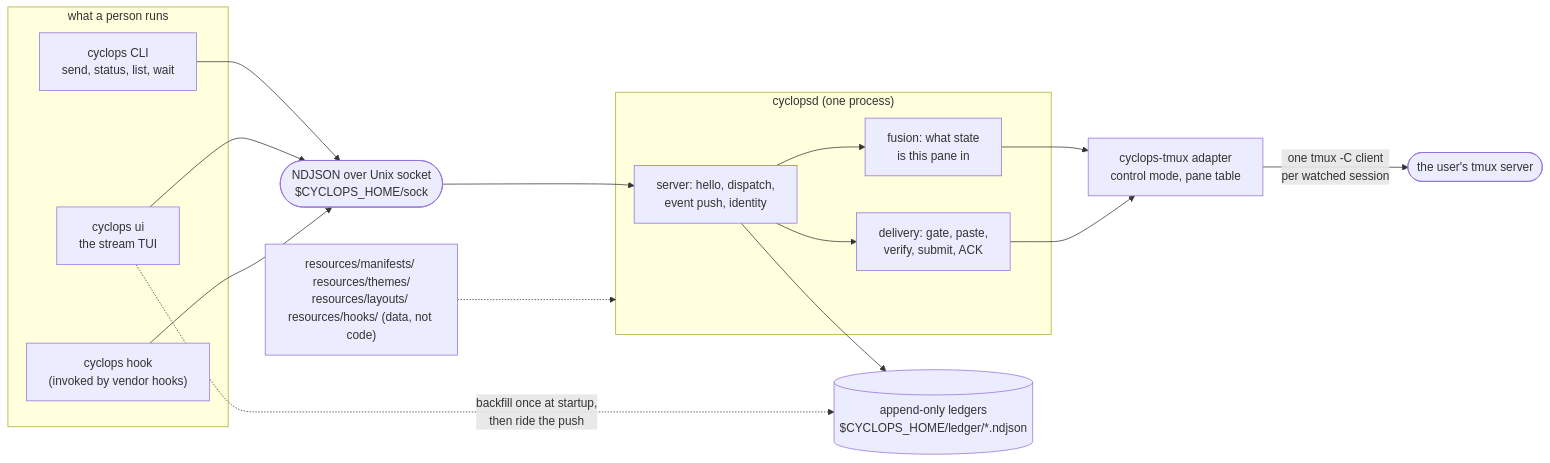
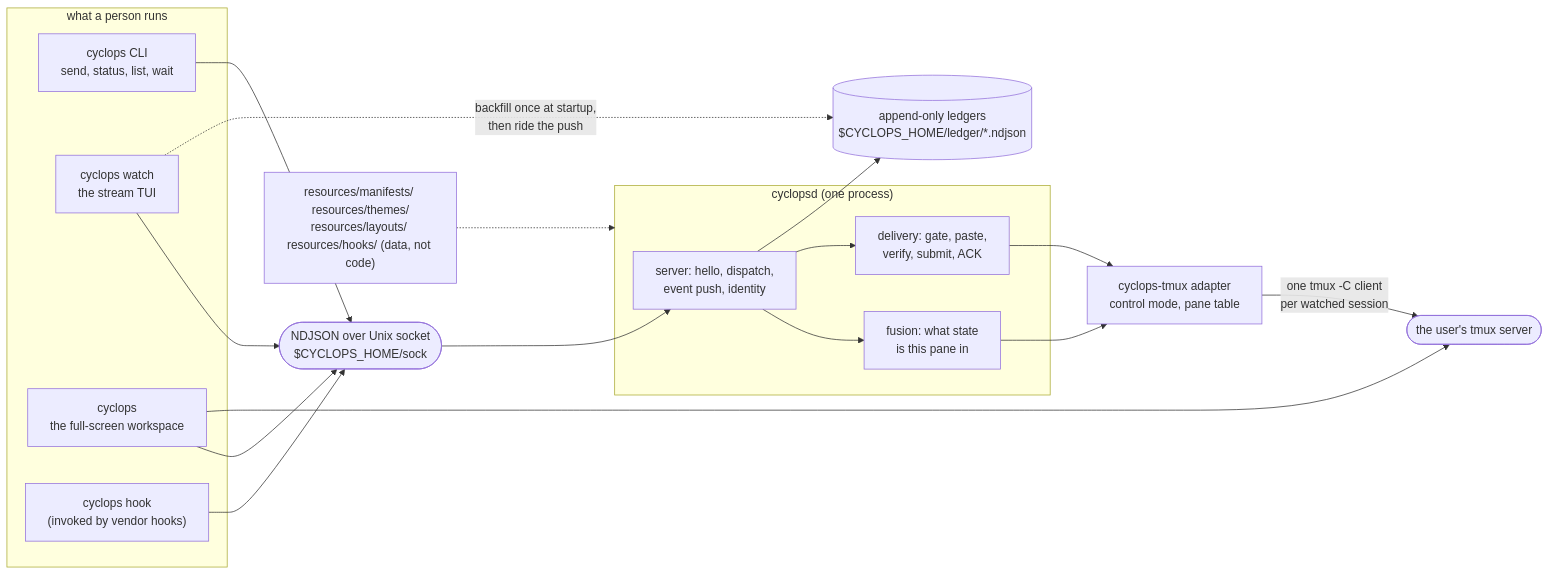
Before and after one commit to cyclops-team/cyclops: the first of 2 diagrams in .agents/summary/architecture.md, drawn with Mermaid. The commit also changed other lines of this file and 58 other files, not shown here.

````diff
--- a/.agents/summary/architecture.md
+++ b/.agents/summary/architecture.md
@@ -10,31 +10,34 @@
 ```mermaid
 flowchart LR
     subgraph clients["what a person runs"]
       cli["cyclops CLI<br/>send, status, list, wait"]
-      ui["cyclops ui<br/>the stream TUI"]
+      ui["cyclops watch<br/>the stream TUI"]
+      ws["cyclops<br/>the full-screen workspace"]
       hk["cyclops hook<br/>(invoked by vendor hooks)"]
     end
     sock(["NDJSON over Unix socket<br/>$CYCLOPS_HOME/sock"])
     subgraph daemon["cyclopsd (one process)"]
       srv["server: hello, dispatch,<br/>event push, identity"]
       fus["fusion: what state<br/>is this pane in"]
       del["delivery: gate, paste,<br/>verify, submit, ACK"]
     end
     ad["cyclops-tmux adapter<br/>control mode, pane table"]
     tmux(["the user's tmux server"])
     led[("append-only ledgers<br/>$CYCLOPS_HOME/ledger/*.ndjson")]
     data["resources/manifests/ resources/themes/<br/>resources/layouts/ resources/hooks/ (data, not code)"]
 
     cli --> sock
     ui --> sock
+    ws --> sock
+    ws --> tmux
     hk --> sock
     sock --> srv
     srv --> fus
     srv --> del
     fus --> ad
     del --> ad
     ad -->|"one tmux -C client<br/>per watched session"| tmux
     srv --> led
     ui -.->|"backfill once at startup,<br/>then ride the push"| led
     data -.-> daemon
 ```
````
